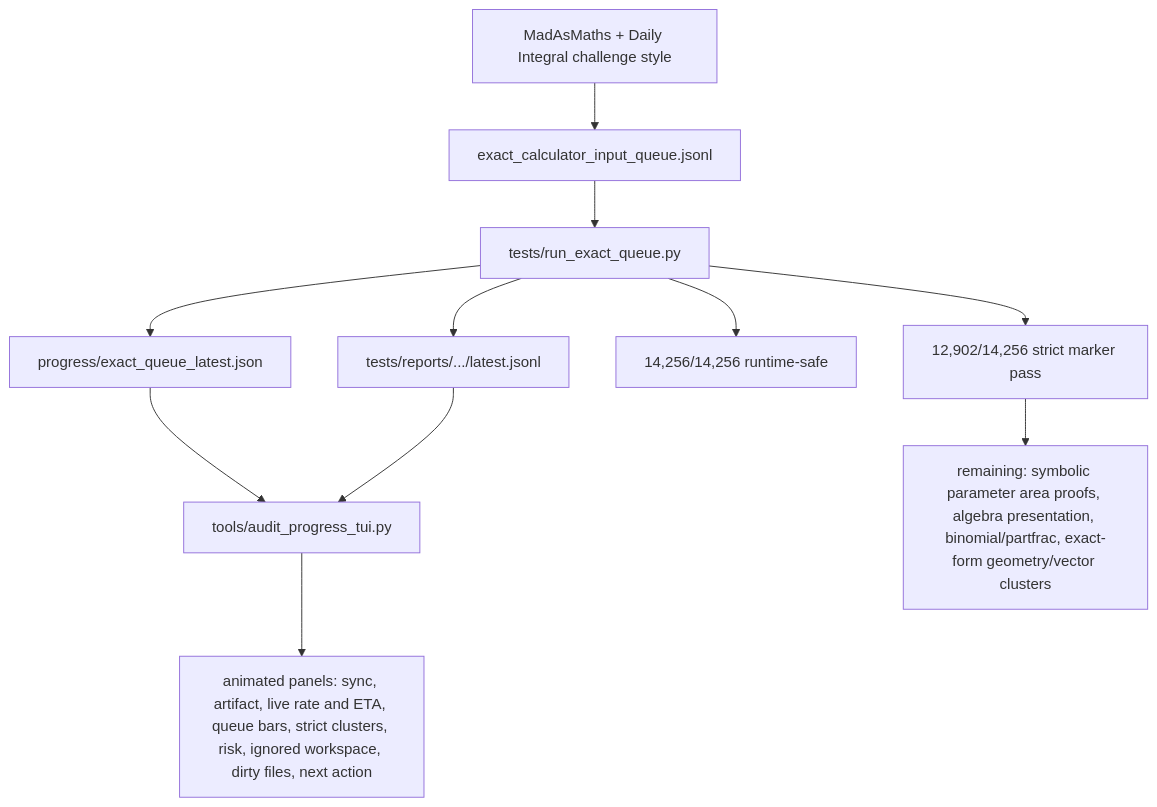
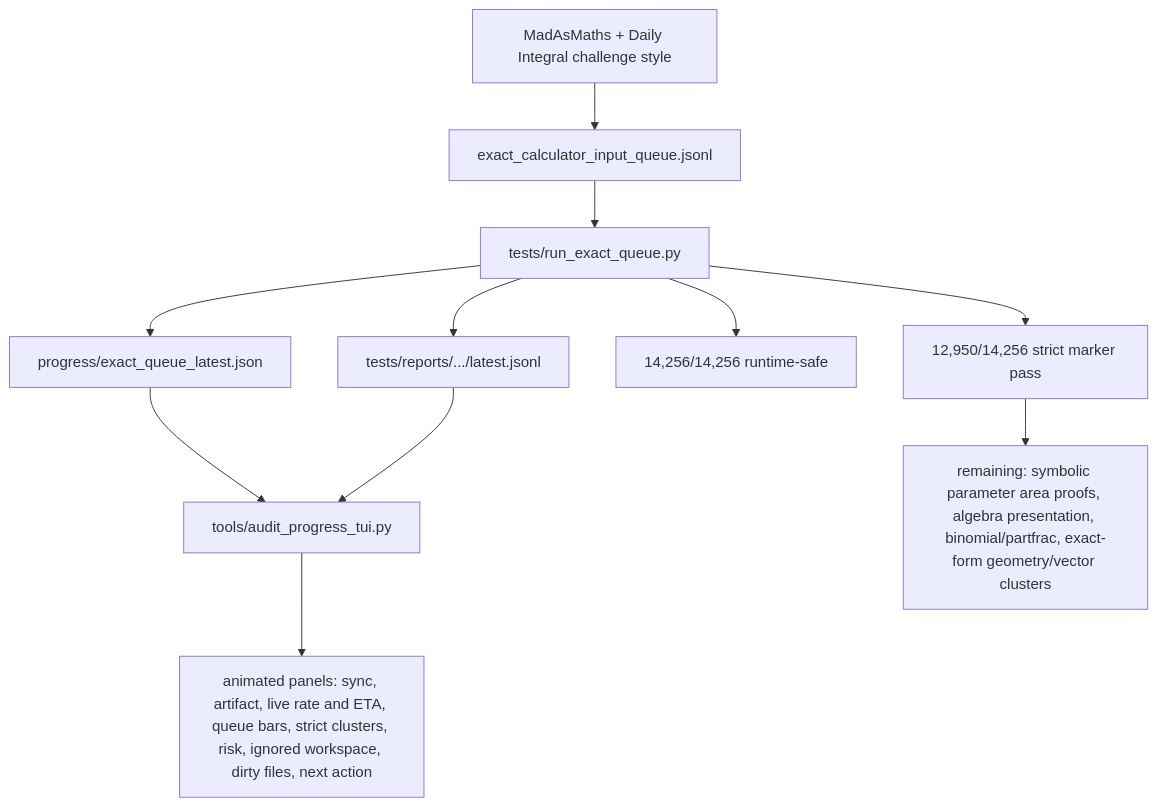
The fifth of 6 diagrams in docs/GRAPH.md (james8464/notes-addin-casio-fx-cg50), drawn with Mermaid before and after one commit. The commit also changed other lines of this file and 3 other files, not shown here.

````diff
--- a/docs/GRAPH.md
+++ b/docs/GRAPH.md
@@ -60,13 +60,13 @@
 ```mermaid
 graph TD
   Online["MadAsMaths + Daily Integral challenge style"] --> Queue["exact_calculator_input_queue.jsonl"]
   Queue --> Runner["tests/run_exact_queue.py"]
   Runner --> Live["progress/exact_queue_latest.json"]
   Runner --> Report["tests/reports/.../latest.jsonl"]
   Live --> TUI["tools/audit_progress_tui.py"]
   Report --> TUI
   TUI --> Panels["animated panels: sync, artifact, live rate and ETA, queue bars, strict clusters, risk, ignored workspace, dirty files, next action"]
   Runner --> Runtime["14,256/14,256 runtime-safe"]
-  Runner --> Strict["12,902/14,256 strict marker pass"]
+  Runner --> Strict["12,950/14,256 strict marker pass"]
   Strict --> Remaining["remaining: symbolic parameter area proofs, algebra presentation, binomial/partfrac, exact-form geometry/vector clusters"]
 ```
````
